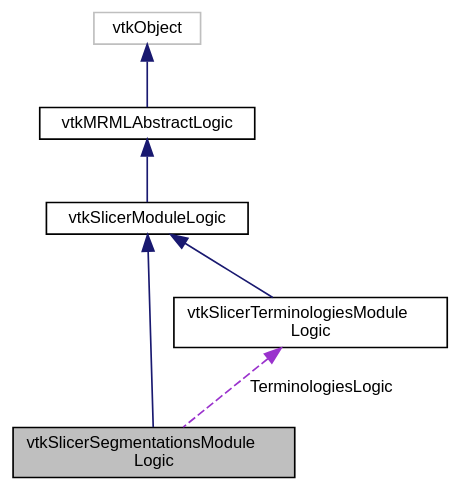
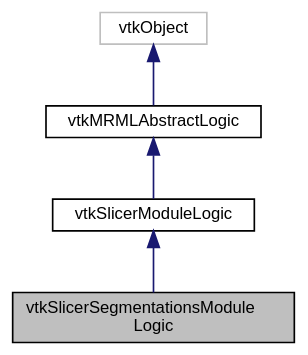
The diagram in master/classvtkSlicerSegmentationsModuleLogic__coll__graph.dot (jamesobutler/apidocs.slicer.org), drawn with Graphviz before and after one commit. The commit also changed 4388 other files, not shown here.

```diff
--- a/master/classvtkSlicerSegmentationsModuleLogic__coll__graph.dot
+++ b/master/classvtkSlicerSegmentationsModuleLogic__coll__graph.dot
@@ -1,16 +1,13 @@
 digraph "vtkSlicerSegmentationsModuleLogic"
 {
   bgcolor="transparent";
   edge [fontname="Helvetica",fontsize="10",labelfontname="Helvetica",labelfontsize="10"];
   node [fontname="Helvetica",fontsize="10",shape=record];
   Node4 [label="vtkSlicerSegmentationsModule\lLogic",height=0.2,width=0.4,color="black", fillcolor="grey75", style="filled", fontcolor="black"];
   Node5 -> Node4 [dir="back",color="midnightblue",fontsize="10",style="solid",fontname="Helvetica"];
   Node5 [label="vtkSlicerModuleLogic",height=0.2,width=0.4,color="black",URL="$classvtkSlicerModuleLogic.html"];
   Node6 -> Node5 [dir="back",color="midnightblue",fontsize="10",style="solid",fontname="Helvetica"];
   Node6 [label="vtkMRMLAbstractLogic",height=0.2,width=0.4,color="black",URL="$classvtkMRMLAbstractLogic.html",tooltip="Superclass for MRML logic classes. "];
   Node7 -> Node6 [dir="back",color="midnightblue",fontsize="10",style="solid",fontname="Helvetica"];
   Node7 [label="vtkObject",height=0.2,width=0.4,color="grey75"];
-  Node8 -> Node4 [dir="back",color="darkorchid3",fontsize="10",style="dashed",label=" TerminologiesLogic" ,fontname="Helvetica"];
-  Node8 [label="vtkSlicerTerminologiesModule\lLogic",height=0.2,width=0.4,color="black",URL="$classvtkSlicerTerminologiesModuleLogic.html"];
-  Node5 -> Node8 [dir="back",color="midnightblue",fontsize="10",style="solid",fontname="Helvetica"];
 }
```
